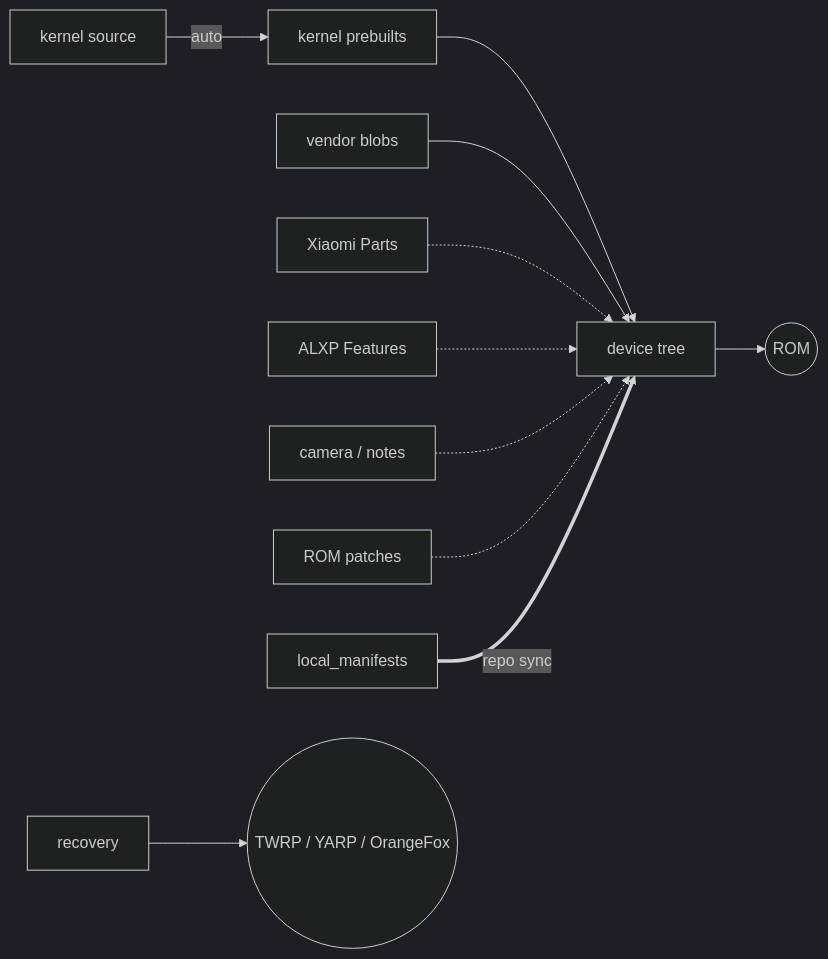
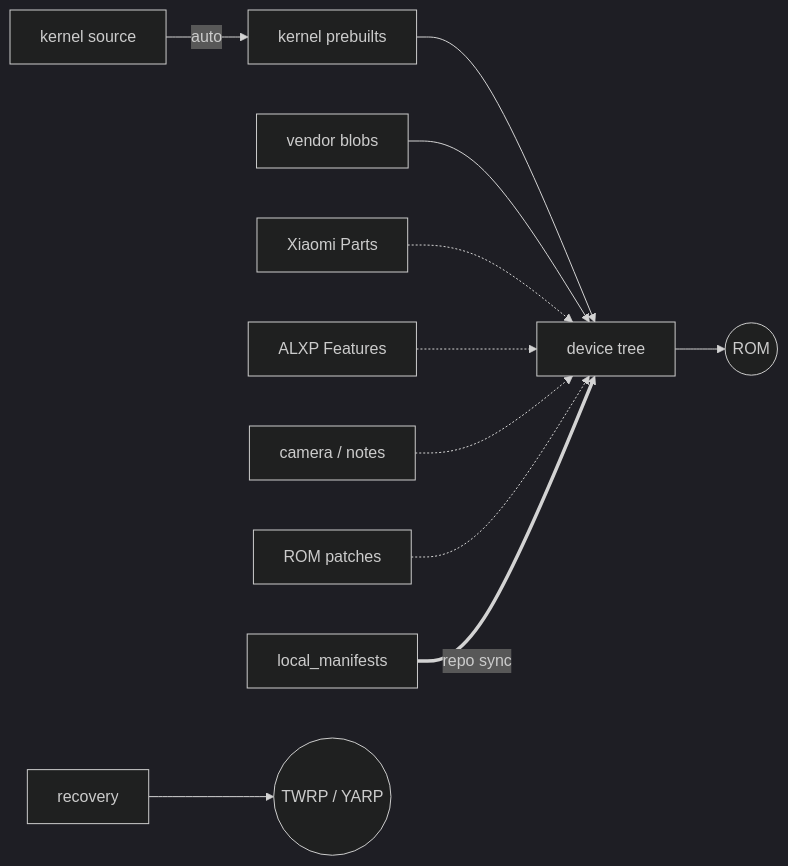
The diagram in profile/README.md (xiaomi-pad-8-pro-development/.github), drawn with Mermaid (dark theme) before and after one commit.

Commit message:
Remove OrangeFox from recovery options

````diff
--- a/profile/README.md
+++ b/profile/README.md
@@ -14,13 +14,13 @@
 ```mermaid
 flowchart LR
     K[kernel source] -->|auto| P[kernel prebuilts]
     P --> D[device tree]
     V[vendor blobs] --> D
     X[Xiaomi Parts] -.-> D
     A[ALXP Features] -.-> D
     C[camera / notes] -.-> D
     R[ROM patches] -.-> D
     M[local_manifests] ==>|repo sync| D
     D --> ROM((ROM))
-    REC[recovery] --> TWRP((TWRP / YARP / OrangeFox))
+    REC[recovery] --> TWRP((TWRP / YARP))
 ```
````
